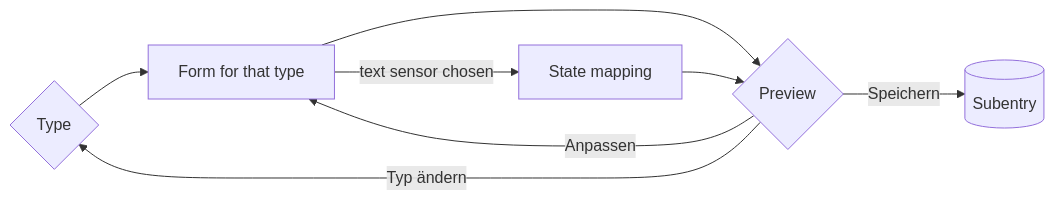
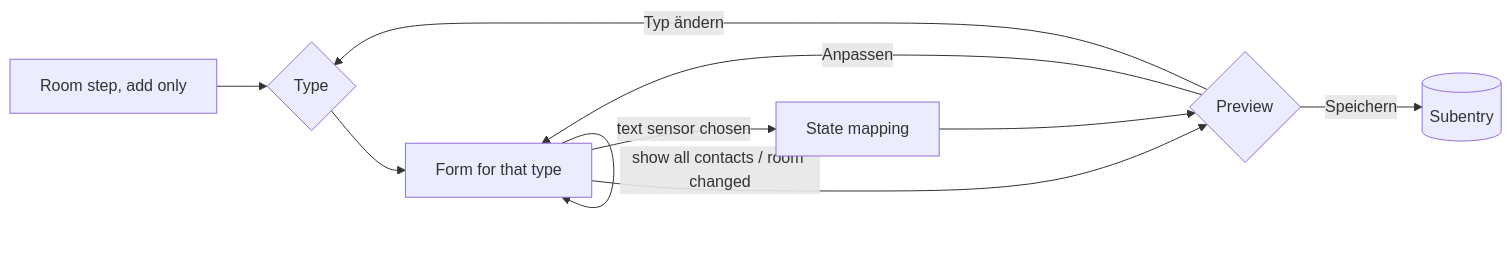
One commit to patchingfailed/home_assistant_climate_hub changed the third of 3 diagrams in docs/ui_mockups.md. Above: the diagram before and after it, drawn with Mermaid. The commit also changed other lines of this file and 1 other file, not shown here.

First line of the commit message:
docs: window flow starts with the room, contacts filtered with "show all"

````diff
--- a/docs/ui_mockups.md
+++ b/docs/ui_mockups.md
@@ -64,10 +64,12 @@
 ```mermaid
 flowchart LR
-  T{Type} --> F[Form for that type]
+  R[Room step, add only] --> T{Type}
+  T --> F[Form for that type]
+  F -- show all contacts / room changed --> F
   F -- text sensor chosen --> M[State mapping]
   F --> P{Preview}
   M --> P
   P -- Speichern --> D[(Subentry)]
   P -- Anpassen --> F
   P -- Typ ändern --> T
 ```
````
